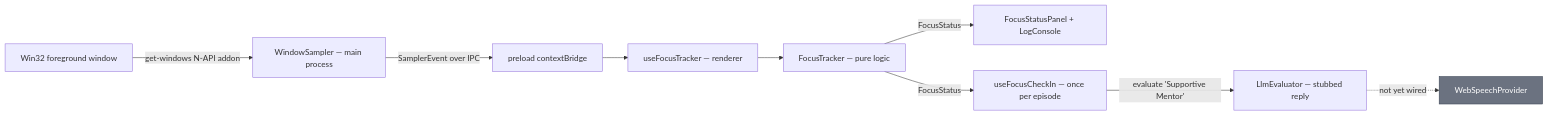
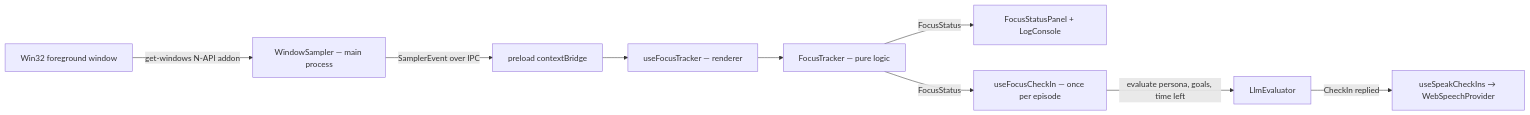
One commit to Masterslayer7/FocusSentinel changed the first of 4 diagrams in src/renderer/services/focus/CONTEXT.md. Above: the diagram before and after it, drawn with Mermaid. The commit also changed other lines of this file and 22 other files, not shown here.

First line of the commit message:
feat(tts): speak check-ins aloud with a voice per persona

````diff
--- a/src/renderer/services/focus/CONTEXT.md
+++ b/src/renderer/services/focus/CONTEXT.md
@@ -38,14 +38,12 @@
 ```mermaid
 graph LR
     OS[Win32 foreground window] -->|get-windows N-API addon| Sampler[WindowSampler — main process]
     Sampler -->|SamplerEvent over IPC| Bridge[preload contextBridge]
     Bridge --> Hook[useFocusTracker — renderer]
     Hook --> Tracker[FocusTracker — pure logic]
     Tracker -->|FocusStatus| UI[FocusStatusPanel + LogConsole]
     Tracker -->|FocusStatus| CheckIn[useFocusCheckIn — once per episode]
-    CheckIn -->|evaluate 'Supportive Mentor'| Llm[LlmEvaluator — stubbed reply]
-    Llm -.not yet wired.-> TTS[WebSpeechProvider]
-
-    style TTS fill:#6b7280,stroke:#374151,color:#fff
+    CheckIn -->|evaluate persona, goals, time left| Llm[LlmEvaluator]
+    Llm -->|CheckIn replied| TTS[useSpeakCheckIns → WebSpeechProvider]
 
 ```
````
